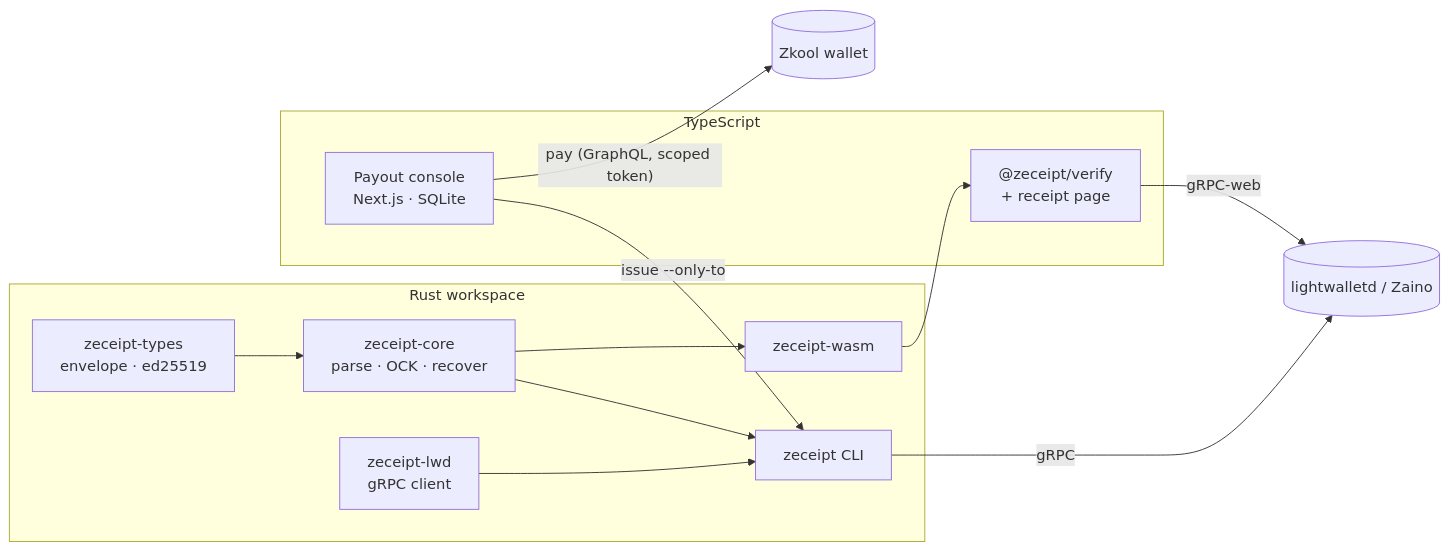
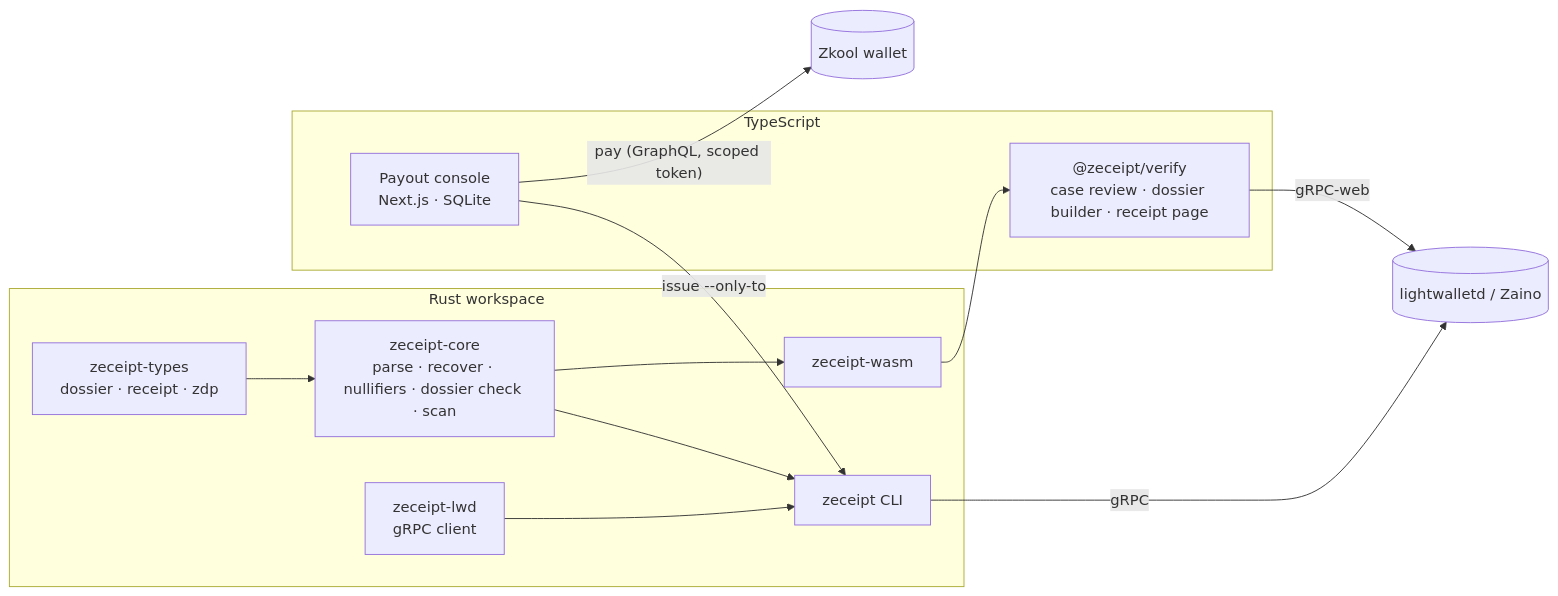
Before and after one commit to beautifulrem/zeceipt: the second of 2 diagrams in README.md, drawn with Mermaid. The commit also changed other lines of this file and 50 other files, not shown here.

````diff
--- a/README.md
+++ b/README.md
@@ -190,23 +215,23 @@
 ```mermaid
 flowchart LR
   subgraph Rust["Rust workspace"]
-    types[zeceipt-types<br/>envelope · ed25519]
-    core[zeceipt-core<br/>parse · OCK · recover]
+    types[zeceipt-types<br/>dossier · receipt · zdp]
+    core[zeceipt-core<br/>parse · recover · nullifiers · dossier check · scan]
     lwd[zeceipt-lwd<br/>gRPC client]
     cli[zeceipt CLI]
     wasm[zeceipt-wasm]
   end
   subgraph Web["TypeScript"]
-    verify["@zeceipt/verify<br/>+ receipt page"]
+    verify["@zeceipt/verify<br/>case review · dossier builder · receipt page"]
     console[Payout console<br/>Next.js · SQLite]
   end
   node[(lightwalletd / Zaino)]
   wallet[(Zkool wallet)]
   types --> core --> cli
   lwd --> cli
   core --> wasm --> verify
   console -- "issue --only-to" --> cli
   console -- "pay (GraphQL, scoped token)" --> wallet
   cli -- gRPC --> node
   verify -- gRPC-web --> node
 ```
````
